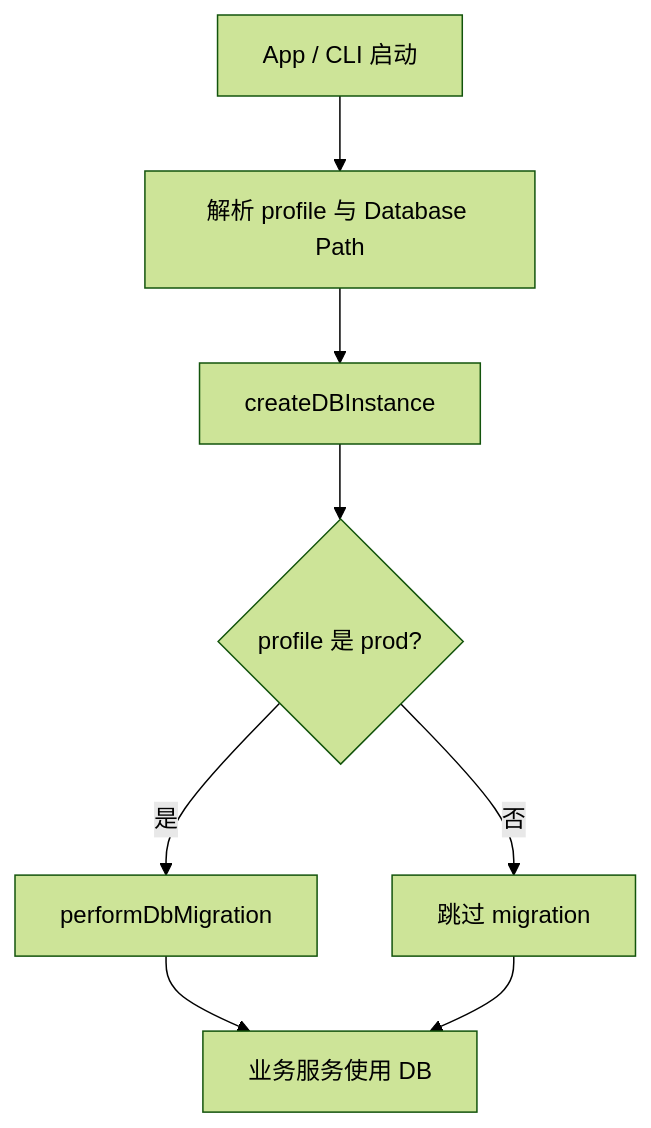
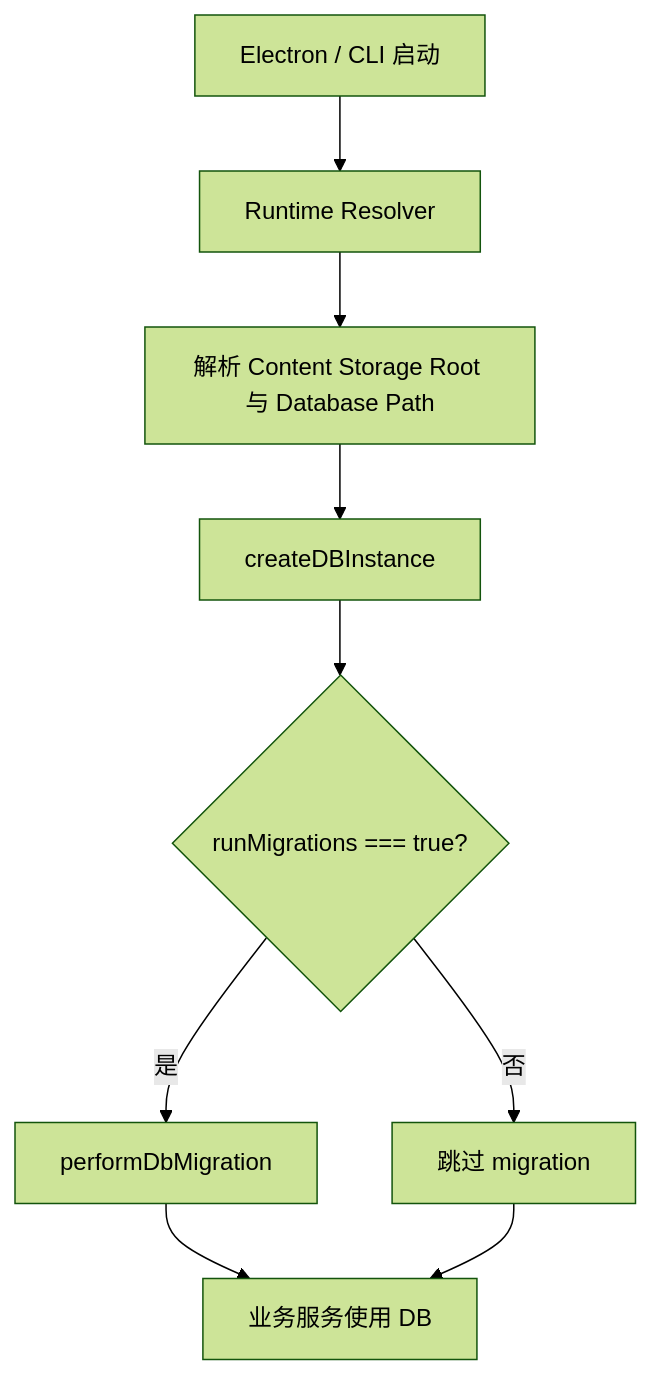
The diagram in docs/references/technical/architecture/data-migration.md (Floribunda1/reflecta), drawn with Mermaid (forest theme) before and after one commit. The commit also changed other lines of this file and 4 other files, not shown here.

````diff
--- a/docs/references/technical/architecture/data-migration.md
+++ b/docs/references/technical/architecture/data-migration.md
@@ -38,10 +53,11 @@
 ```mermaid
 flowchart TD
-  A["App / CLI 启动"] --> B["解析 profile 与 Database Path"]
-  B --> C["createDBInstance"]
-  C --> D{"profile 是 prod?"}
-  D -->|是| E["performDbMigration"]
-  D -->|否| F["跳过 migration"]
-  E --> G["业务服务使用 DB"]
-  F --> G
+  A["Electron / CLI 启动"] --> B["Runtime Resolver"]
+  B --> C["解析 Content Storage Root 与 Database Path"]
+  C --> D["createDBInstance"]
+  D --> E{"runMigrations === true?"}
+  E -->|是| F["performDbMigration"]
+  E -->|否| G["跳过 migration"]
+  F --> H["业务服务使用 DB"]
+  G --> H
 ```
````
